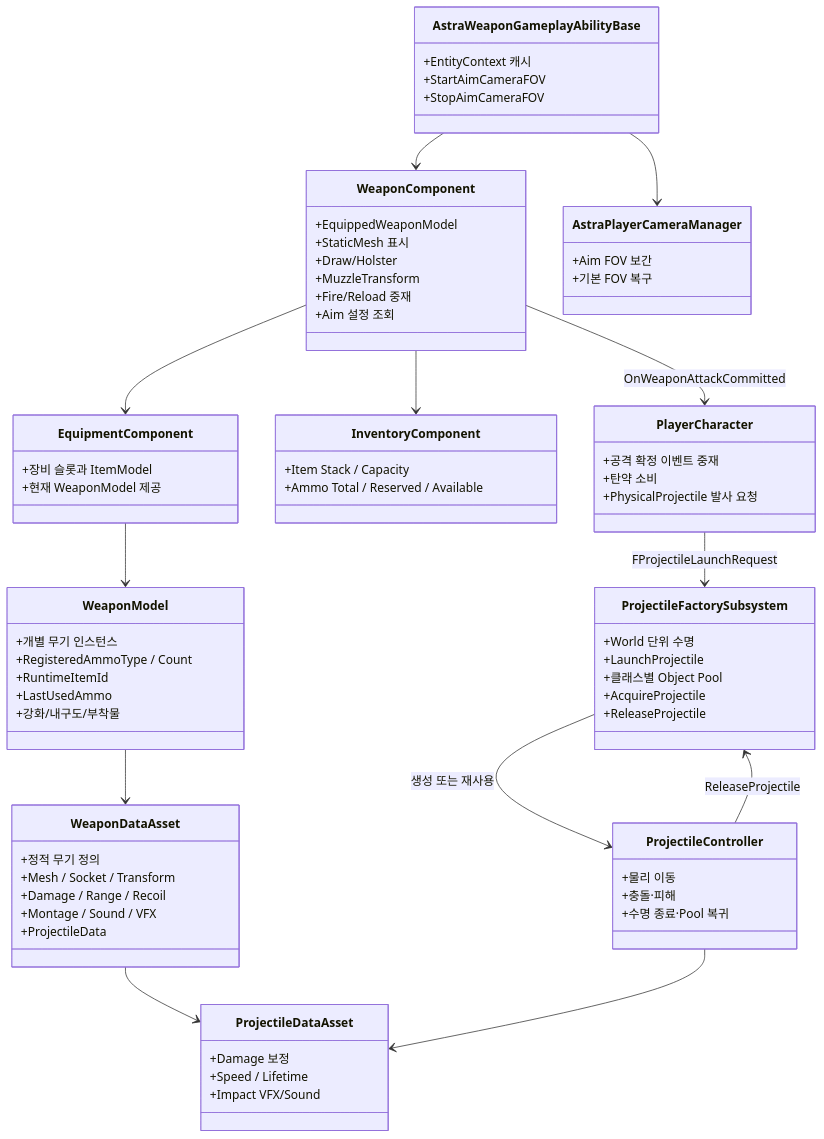
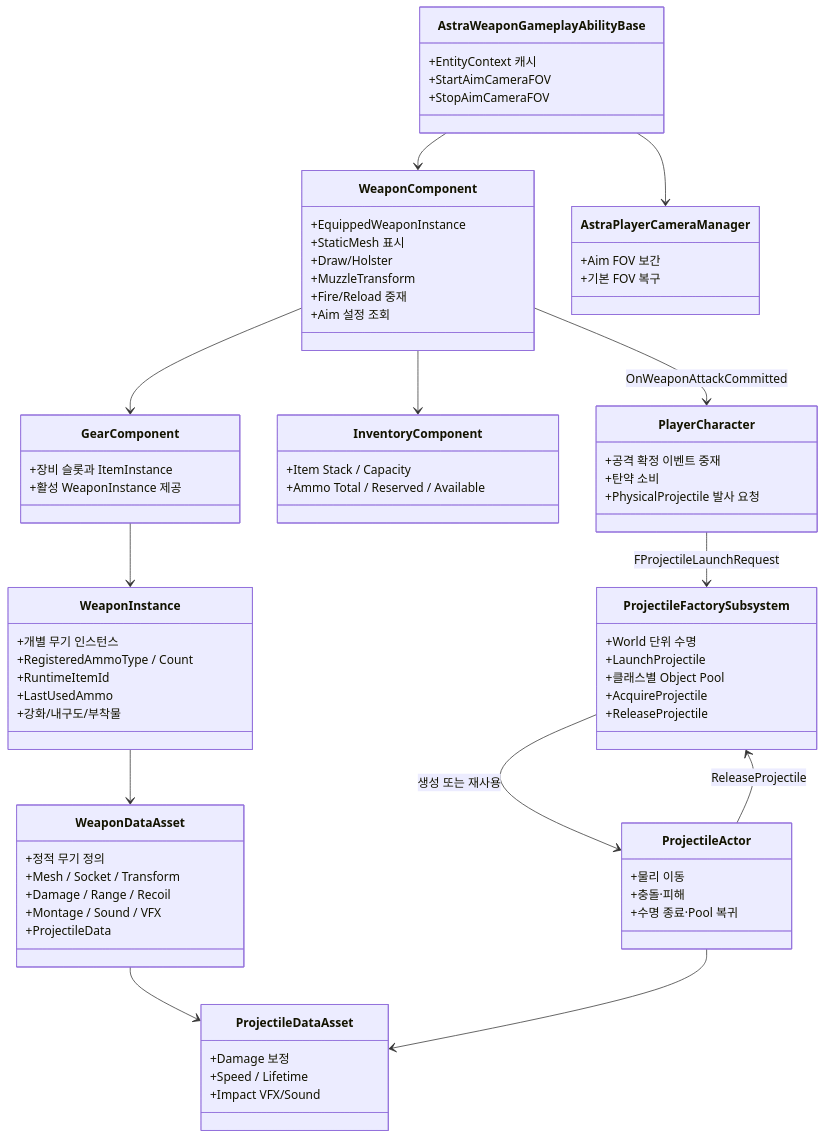
One commit to liang2papa/Astra_Docs changed the second of 4 diagrams in Wiki/03_시스템 설계/무기 시스템.md. Above: the diagram before and after it, drawn with Mermaid. The commit also changed other lines of this file and 11 other files, not shown here.

````diff
--- a/Wiki/03_시스템 설계/무기 시스템.md
+++ b/Wiki/03_시스템 설계/무기 시스템.md
@@ -63,77 +63,77 @@
 ```mermaid
 classDiagram
     class WeaponDataAsset {
         +정적 무기 정의
         +Mesh / Socket / Transform
         +Damage / Range / Recoil
         +Montage / Sound / VFX
         +ProjectileData
     }
-    class WeaponModel {
+    class WeaponInstance {
         +개별 무기 인스턴스
         +RegisteredAmmoType / Count
         +RuntimeItemId
         +LastUsedAmmo
         +강화/내구도/부착물
     }
-    class EquipmentComponent {
-        +장비 슬롯과 ItemModel
-        +현재 WeaponModel 제공
+    class GearComponent {
+        +장비 슬롯과 ItemInstance
+        +활성 WeaponInstance 제공
     }
     class InventoryComponent {
         +Item Stack / Capacity
         +Ammo Total / Reserved / Available
     }
     class WeaponComponent {
-        +EquippedWeaponModel
+        +EquippedWeaponInstance
         +StaticMesh 표시
         +Draw/Holster
         +MuzzleTransform
         +Fire/Reload 중재
         +Aim 설정 조회
     }
     class AstraWeaponGameplayAbilityBase {
         +EntityContext 캐시
         +StartAimCameraFOV
         +StopAimCameraFOV
     }
     class AstraPlayerCameraManager {
         +Aim FOV 보간
         +기본 FOV 복구
     }
     class ProjectileDataAsset {
         +Damage 보정
         +Speed / Lifetime
         +Impact VFX/Sound
     }
-    class ProjectileController {
+    class ProjectileActor {
         +물리 이동
         +충돌·피해
         +수명 종료·Pool 복귀
     }
     class ProjectileFactorySubsystem {
         +World 단위 수명
         +LaunchProjectile
         +클래스별 Object Pool
         +AcquireProjectile
         +ReleaseProjectile
     }
     class PlayerCharacter {
         +공격 확정 이벤트 중재
         +탄약 소비
         +PhysicalProjectile 발사 요청
     }
 
-    WeaponModel --> WeaponDataAsset
-    EquipmentComponent --> WeaponModel
-    WeaponComponent --> EquipmentComponent
+    WeaponInstance --> WeaponDataAsset
+    GearComponent --> WeaponInstance
+    WeaponComponent --> GearComponent
     WeaponComponent --> InventoryComponent
     WeaponDataAsset --> ProjectileDataAsset
     WeaponComponent --> PlayerCharacter : OnWeaponAttackCommitted
     PlayerCharacter --> ProjectileFactorySubsystem : FProjectileLaunchRequest
-    ProjectileFactorySubsystem --> ProjectileController : 생성 또는 재사용
+    ProjectileFactorySubsystem --> ProjectileActor : 생성 또는 재사용
     AstraWeaponGameplayAbilityBase --> WeaponComponent
     AstraWeaponGameplayAbilityBase --> AstraPlayerCameraManager
-    ProjectileController --> ProjectileDataAsset
-    ProjectileController --> ProjectileFactorySubsystem : ReleaseProjectile
+    ProjectileActor --> ProjectileDataAsset
+    ProjectileActor --> ProjectileFactorySubsystem : ReleaseProjectile
 ```
````
